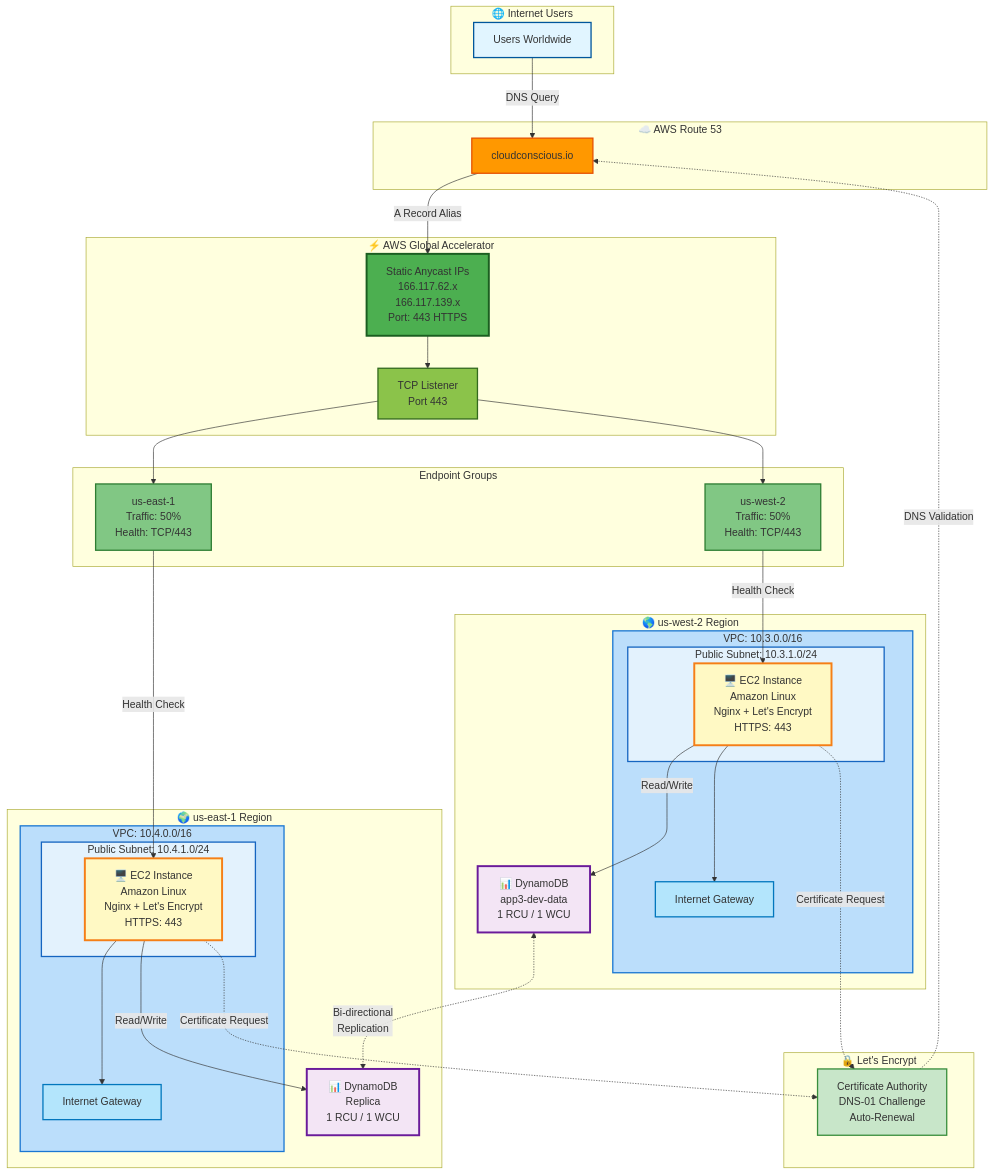
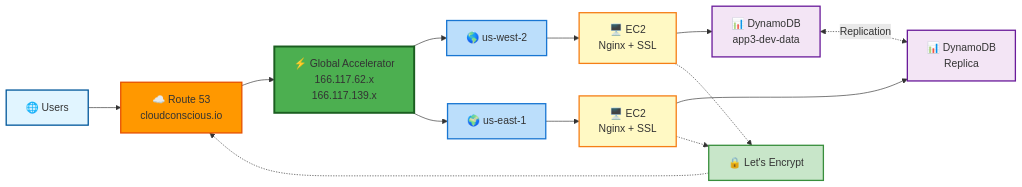
The diagram in terraform/stacks/app3/README.md (vegatros/repo1), drawn with Mermaid before and after one commit.

Commit message:
Simplify diagram to compact left-to-right flow

````diff
--- a/terraform/stacks/app3/README.md
+++ b/terraform/stacks/app3/README.md
@@ -9,84 +9,31 @@
 ```mermaid
-graph TD
-    subgraph Internet["🌐 Internet Users"]
-        Users[Users Worldwide]
-    end
+graph LR
+    Users[🌐 Users] --> R53[☁️ Route 53<br/>cloudconscious.io]
+    R53 --> GA[⚡ Global Accelerator<br/>166.117.62.x<br/>166.117.139.x]
     
-    Users -->|DNS Query| R53
+    GA --> West[🌎 us-west-2]
+    GA --> East[🌍 us-east-1]
     
-    subgraph DNS["☁️ AWS Route 53"]
-        R53[cloudconscious.io]
-    end
+    West --> EC2W[🖥️ EC2<br/>Nginx + SSL]
+    East --> EC2E[🖥️ EC2<br/>Nginx + SSL]
     
-    R53 -->|A Record Alias| Accelerator
+    EC2W --> DDBW[📊 DynamoDB<br/>app3-dev-data]
+    EC2E --> DDBE[📊 DynamoDB<br/>Replica]
     
-    subgraph GA["⚡ AWS Global Accelerator"]
-        Accelerator[Static Anycast IPs<br/>166.117.62.x<br/>166.117.139.x<br/>Port: 443 HTTPS]
-        Listener[TCP Listener<br/>Port 443]
-        Accelerator --> Listener
-    end
+    DDBW <-.->|Replication| DDBE
     
-    Listener --> EG_West
-    Listener --> EG_East
-    
-    subgraph Endpoints["Endpoint Groups"]
-        EG_West[us-west-2<br/>Traffic: 50%<br/>Health: TCP/443]
-        EG_East[us-east-1<br/>Traffic: 50%<br/>Health: TCP/443]
-    end
-    
-    EG_West -->|Health Check| EC2_West
-    EG_East -->|Health Check| EC2_East
-    
-    subgraph West["🌎 us-west-2 Region"]
-        subgraph VPC_West["VPC: 10.3.0.0/16"]
-            IGW_West[Internet Gateway]
-            subgraph Subnet_West["Public Subnet: 10.3.1.0/24"]
-                EC2_West["🖥️ EC2 Instance<br/>Amazon Linux<br/>Nginx + Let's Encrypt<br/>HTTPS: 443"]
-            end
-        end
-        DDB_West["📊 DynamoDB<br/>app3-dev-data<br/>1 RCU / 1 WCU"]
-    end
-    
-    subgraph East["🌍 us-east-1 Region"]
-        subgraph VPC_East["VPC: 10.4.0.0/16"]
-            IGW_East[Internet Gateway]
-            subgraph Subnet_East["Public Subnet: 10.4.1.0/24"]
-                EC2_East["🖥️ EC2 Instance<br/>Amazon Linux<br/>Nginx + Let's Encrypt<br/>HTTPS: 443"]
-            end
-        end
-        DDB_East["📊 DynamoDB<br/>Replica<br/>1 RCU / 1 WCU"]
-    end
-    
-    EC2_West -->|Read/Write| DDB_West
-    EC2_East -->|Read/Write| DDB_East
-    DDB_West <-.->|Bi-directional<br/>Replication| DDB_East
-    
-    EC2_West --> IGW_West
-    EC2_East --> IGW_East
-    
-    subgraph LE["🔒 Let's Encrypt"]
-        LetsEncrypt[Certificate Authority<br/>DNS-01 Challenge<br/>Auto-Renewal]
-    end
-    
-    EC2_West -.->|Certificate Request| LetsEncrypt
-    EC2_East -.->|Certificate Request| LetsEncrypt
-    LetsEncrypt -.->|DNS Validation| R53
+    EC2W -.-> LE[🔒 Let's Encrypt]
+    EC2E -.-> LE
+    LE -.-> R53
     
     style Users fill:#e1f5ff,stroke:#01579b,stroke-width:2px
     style R53 fill:#ff9800,stroke:#e65100,stroke-width:2px
-    style Accelerator fill:#4caf50,stroke:#1b5e20,stroke-width:3px
-    style Listener fill:#8bc34a,stroke:#33691e,stroke-width:2px
-    style EG_West fill:#81c784,stroke:#2e7d32,stroke-width:2px
-    style EG_East fill:#81c784,stroke:#2e7d32,stroke-width:2px
-    style VPC_West fill:#bbdefb,stroke:#1976d2,stroke-width:2px
-    style VPC_East fill:#bbdefb,stroke:#1976d2,stroke-width:2px
-    style Subnet_West fill:#e3f2fd,stroke:#1565c0,stroke-width:2px
-    style Subnet_East fill:#e3f2fd,stroke:#1565c0,stroke-width:2px
-    style EC2_West fill:#fff9c4,stroke:#f57f17,stroke-width:3px
-    style EC2_East fill:#fff9c4,stroke:#f57f17,stroke-width:3px
-    style DDB_West fill:#f3e5f5,stroke:#6a1b9a,stroke-width:3px
-    style DDB_East fill:#f3e5f5,stroke:#6a1b9a,stroke-width:3px
-    style LetsEncrypt fill:#c8e6c9,stroke:#388e3c,stroke-width:2px
-    style IGW_West fill:#b3e5fc,stroke:#0277bd,stroke-width:2px
-    style IGW_East fill:#b3e5fc,stroke:#0277bd,stroke-width:2px
+    style GA fill:#4caf50,stroke:#1b5e20,stroke-width:3px
+    style West fill:#bbdefb,stroke:#1976d2,stroke-width:2px
+    style East fill:#bbdefb,stroke:#1976d2,stroke-width:2px
+    style EC2W fill:#fff9c4,stroke:#f57f17,stroke-width:2px
+    style EC2E fill:#fff9c4,stroke:#f57f17,stroke-width:2px
+    style DDBW fill:#f3e5f5,stroke:#6a1b9a,stroke-width:2px
+    style DDBE fill:#f3e5f5,stroke:#6a1b9a,stroke-width:2px
+    style LE fill:#c8e6c9,stroke:#388e3c,stroke-width:2px
 ```
````
